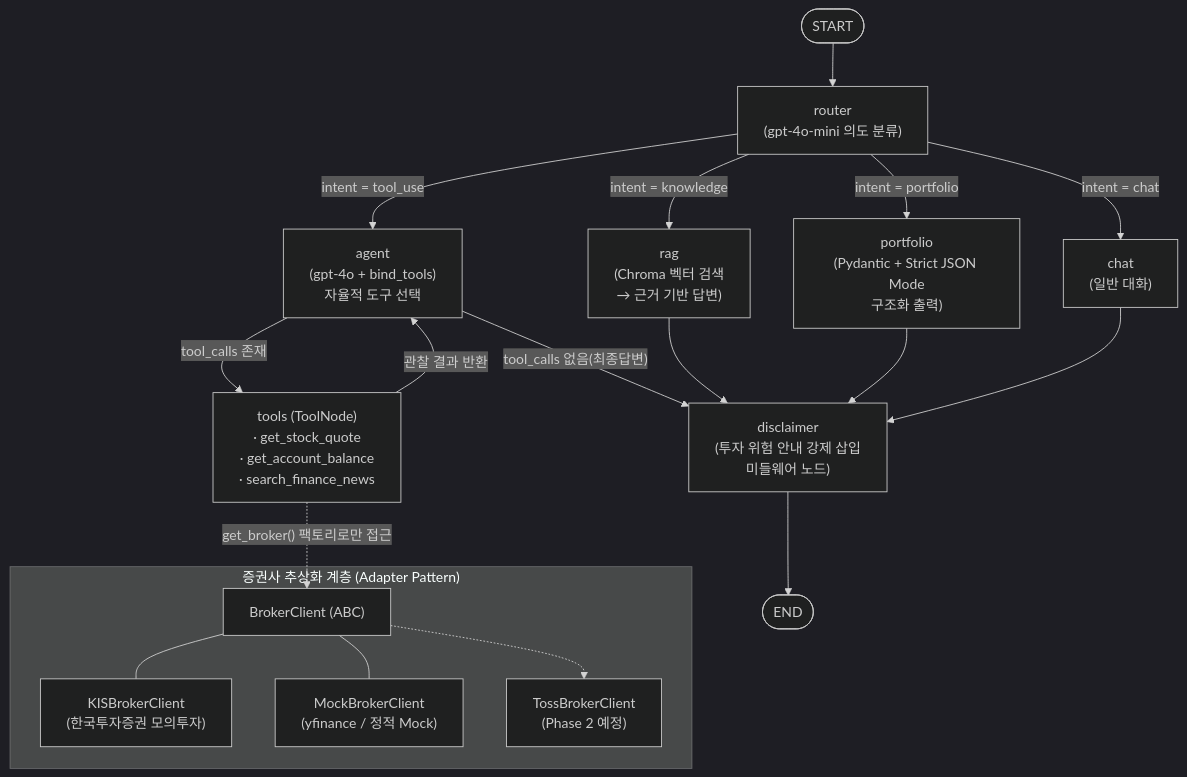
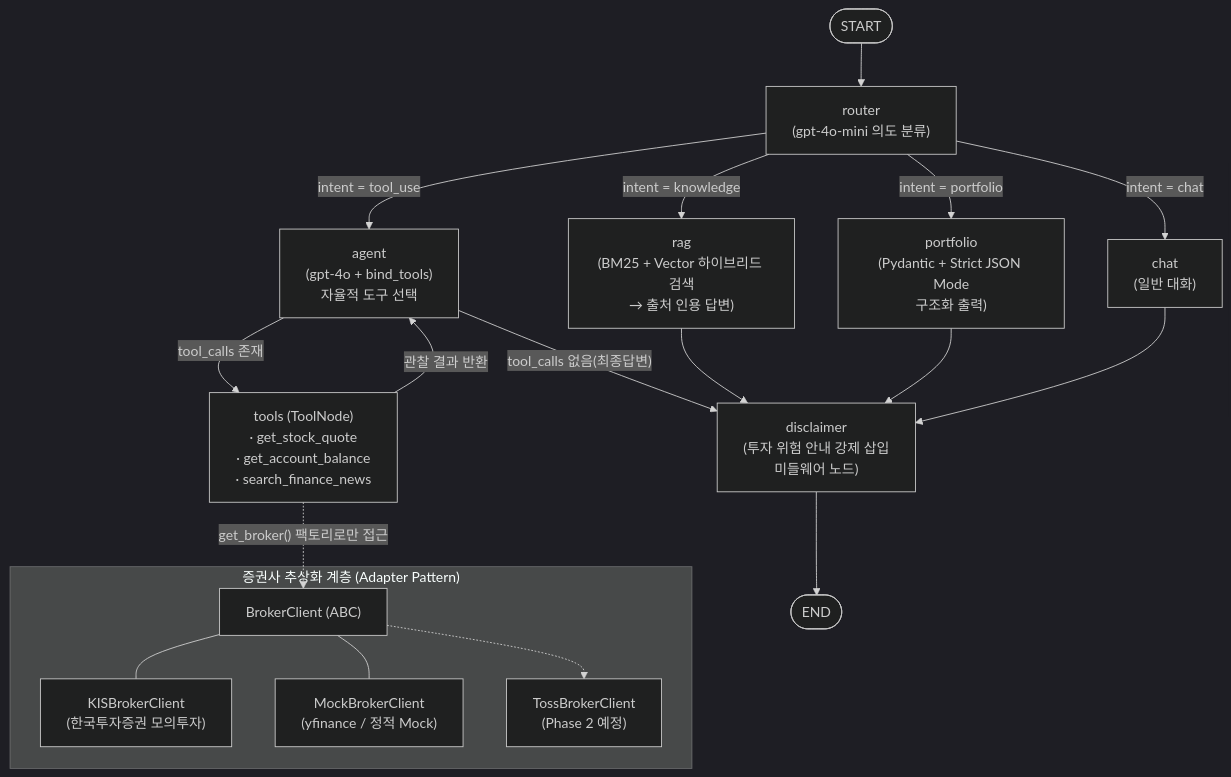
The diagram in README.md (SanghyeokKo/Stock-Agent), drawn with Mermaid (dark theme) before and after one commit. The commit also changed other lines of this file, not shown here.

Commit message:
docs: RAG 파이프라인 개편 및 엔지니어링 결정 사항 반영

````diff
--- a/README.md
+++ b/README.md
@@ -11,29 +11,29 @@
 ```mermaid
 flowchart TD
     START([START]) --> ROUTER["router\n(gpt-4o-mini 의도 분류)"]
 
     ROUTER -->|"intent = tool_use"| AGENT["agent\n(gpt-4o + bind_tools)\n자율적 도구 선택"]
-    ROUTER -->|"intent = knowledge"| RAG["rag\n(Chroma 벡터 검색\n→ 근거 기반 답변)"]
+    ROUTER -->|"intent = knowledge"| RAG["rag\n(BM25 + Vector 하이브리드 검색\n→ 출처 인용 답변)"]
     ROUTER -->|"intent = portfolio"| PORT["portfolio\n(Pydantic + Strict JSON Mode\n구조화 출력)"]
     ROUTER -->|"intent = chat"| CHAT["chat\n(일반 대화)"]
 
     AGENT -->|"tool_calls 존재"| TOOLS["tools (ToolNode)\n· get_stock_quote\n· get_account_balance\n· search_finance_news"]
     TOOLS -->|"관찰 결과 반환"| AGENT
     AGENT -->|"tool_calls 없음(최종답변)"| DISC
 
     RAG --> DISC["disclaimer\n(투자 위험 안내 강제 삽입\n미들웨어 노드)"]
     PORT --> DISC
     CHAT --> DISC
     DISC --> END([END])
 
     subgraph BROKER["증권사 추상화 계층 (Adapter Pattern)"]
         IFACE["BrokerClient (ABC)"]
         KIS["KISBrokerClient\n(한국투자증권 모의투자)"]
         MOCK["MockBrokerClient\n(yfinance / 정적 Mock)"]
         TOSS["TossBrokerClient\n(Phase 2 예정)"]
         IFACE --- KIS
         IFACE --- MOCK
         IFACE -.-> TOSS
     end
     TOOLS -. "get_broker() 팩토리로만 접근" .-> IFACE
 ```
````
